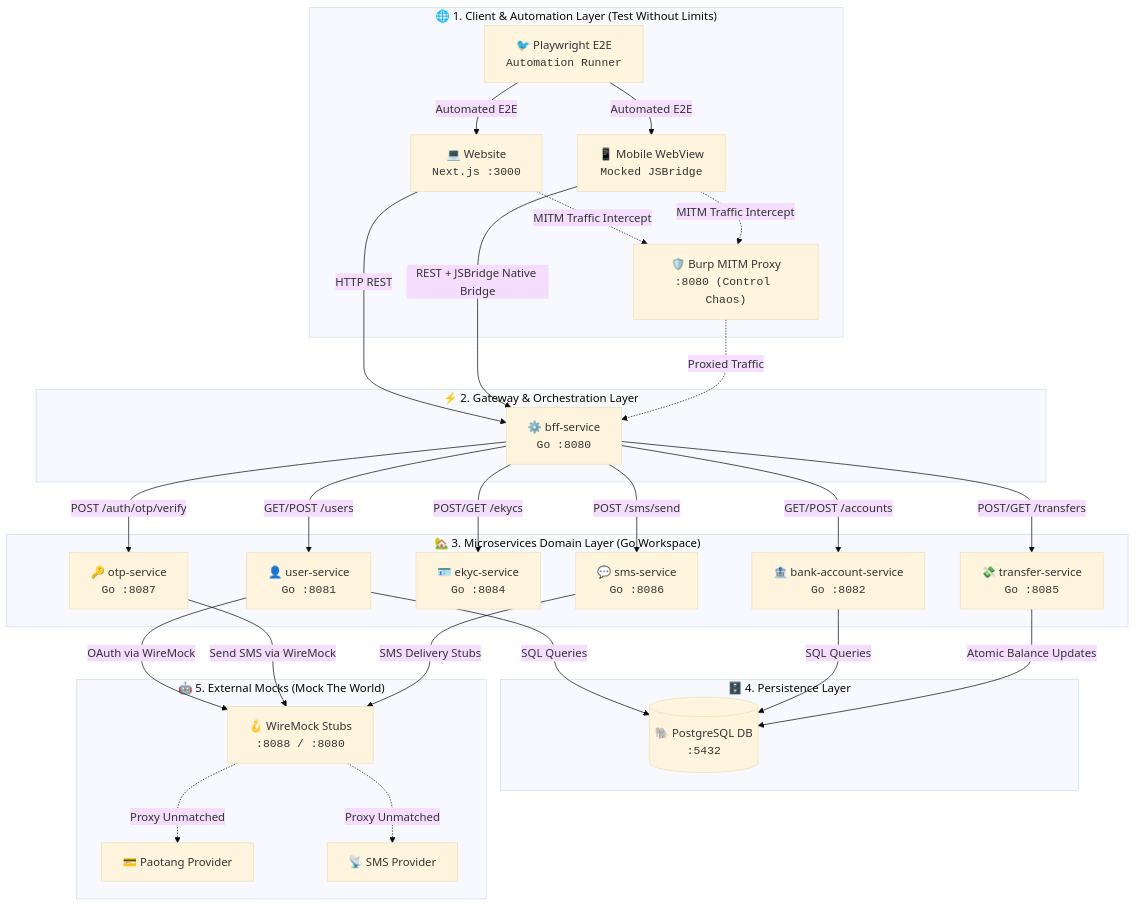
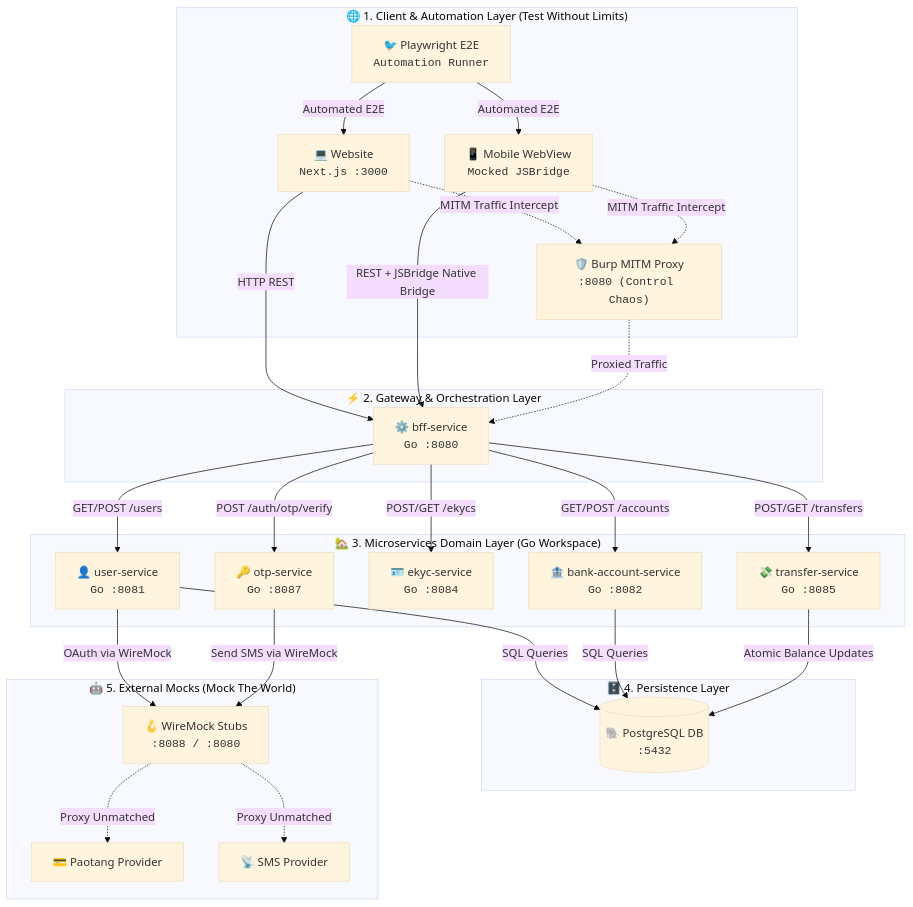
The diagram in README.md (SiwakornSitti/ultra-smoooooth-testing), drawn with Mermaid (base theme) before and after one commit. The commit also changed other lines of this file and 14 other files, not shown here.

Commit message:
refactor: remove sms-service container and update OTP Service to route SMS delivery to SMS Provider via WireMock

````diff
--- a/README.md
+++ b/README.md
@@ -17,57 +17,54 @@
 ```mermaid
 flowchart TD
     subgraph Clients["🌐 1. Client & Automation Layer (Test Without Limits)"]
         Website["💻 Website<br/><code>Next.js :3000</code>"]
         BridgeWebsite["📱 Mobile WebView<br/><code>Mocked JSBridge</code>"]
         Playwright["🐦 Playwright E2E<br/><code>Automation Runner</code>"]
         Burp["🛡️ Burp MITM Proxy<br/><code>:8080 (Control Chaos)</code>"]
     end
 
     subgraph API_Gateway["⚡ 2. Gateway & Orchestration Layer"]
         BFF["⚙️ bff-service<br/><code>Go :8080</code>"]
     end
 
     subgraph Core_Services["🏡 3. Microservices Domain Layer (Go Workspace)"]
         UserService["👤 user-service<br/><code>Go :8081</code>"]
         BankService["🏦 bank-account-service<br/><code>Go :8082</code>"]
         EKYCService["🪪 ekyc-service<br/><code>Go :8084</code>"]
         TransferService["💸 transfer-service<br/><code>Go :8085</code>"]
-        SMSService["💬 sms-service<br/><code>Go :8086</code>"]
         OTPService["🔑 otp-service<br/><code>Go :8087</code>"]
     end
 
     subgraph Persistence["🗄️ 4. Persistence Layer"]
         DB[("🐘 PostgreSQL DB<br/><code>:5432</code>")]
     end
 
     subgraph External_Mocks["🤖 5. External Mocks (Mock The World)"]
         WireMock["🪝 WireMock Stubs<br/><code>:8088 / :8080</code>"]
         PaotangProvider["💳 Paotang Provider"]
         SMSProvider["📡 SMS Provider"]
     end
 
     Website -->|HTTP REST| BFF
     BridgeWebsite -->|REST + JSBridge Native Bridge| BFF
     Playwright -->|Automated E2E| Website
     Playwright -->|Automated E2E| BridgeWebsite
     Website -.->|MITM Traffic Intercept| Burp
     BridgeWebsite -.->|MITM Traffic Intercept| Burp
     Burp -.->|Proxied Traffic| BFF
 
     BFF -->|GET/POST /users| UserService
     BFF -->|GET/POST /accounts| BankService
     BFF -->|POST/GET /ekycs| EKYCService
     BFF -->|POST/GET /transfers| TransferService
-    BFF -->|POST /sms/send| SMSService
     BFF -->|POST /auth/otp/verify| OTPService
 
     UserService -->|SQL Queries| DB
     BankService -->|SQL Queries| DB
     TransferService -->|Atomic Balance Updates| DB
 
     UserService -->|OAuth via WireMock| WireMock
     OTPService -->|Send SMS via WireMock| WireMock
-    SMSService -->|SMS Delivery Stubs| WireMock
     WireMock -.->|Proxy Unmatched| PaotangProvider
     WireMock -.->|Proxy Unmatched| SMSProvider
 ```
````
